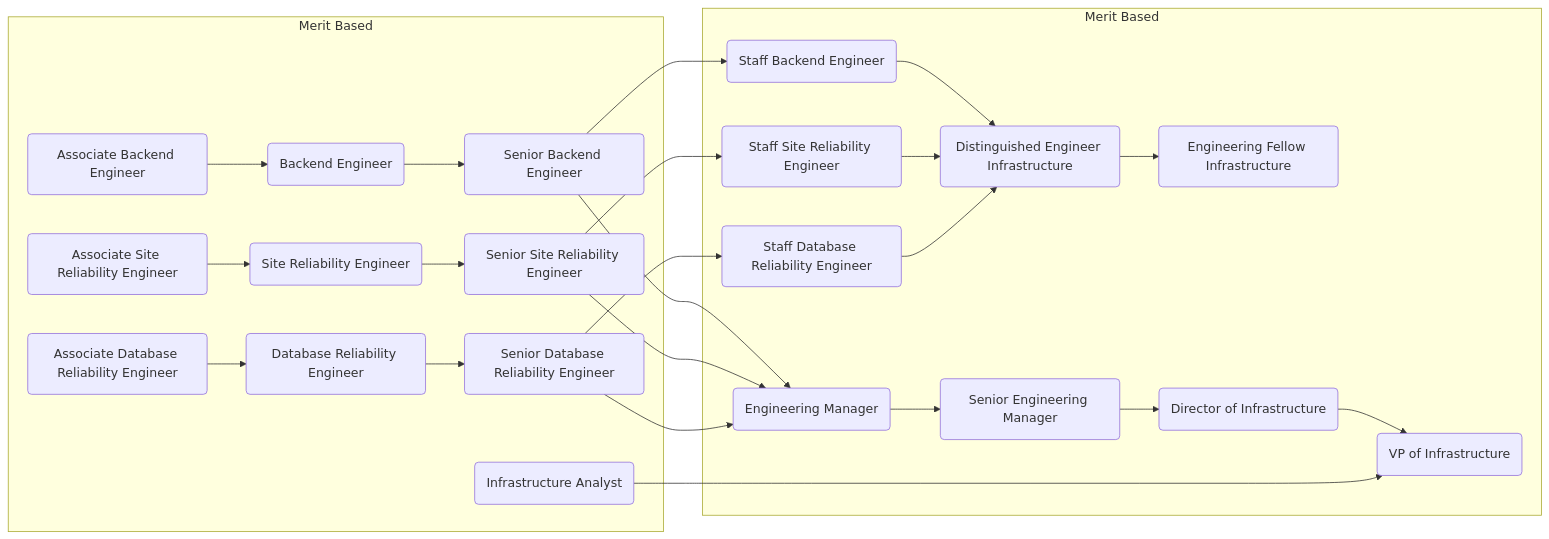
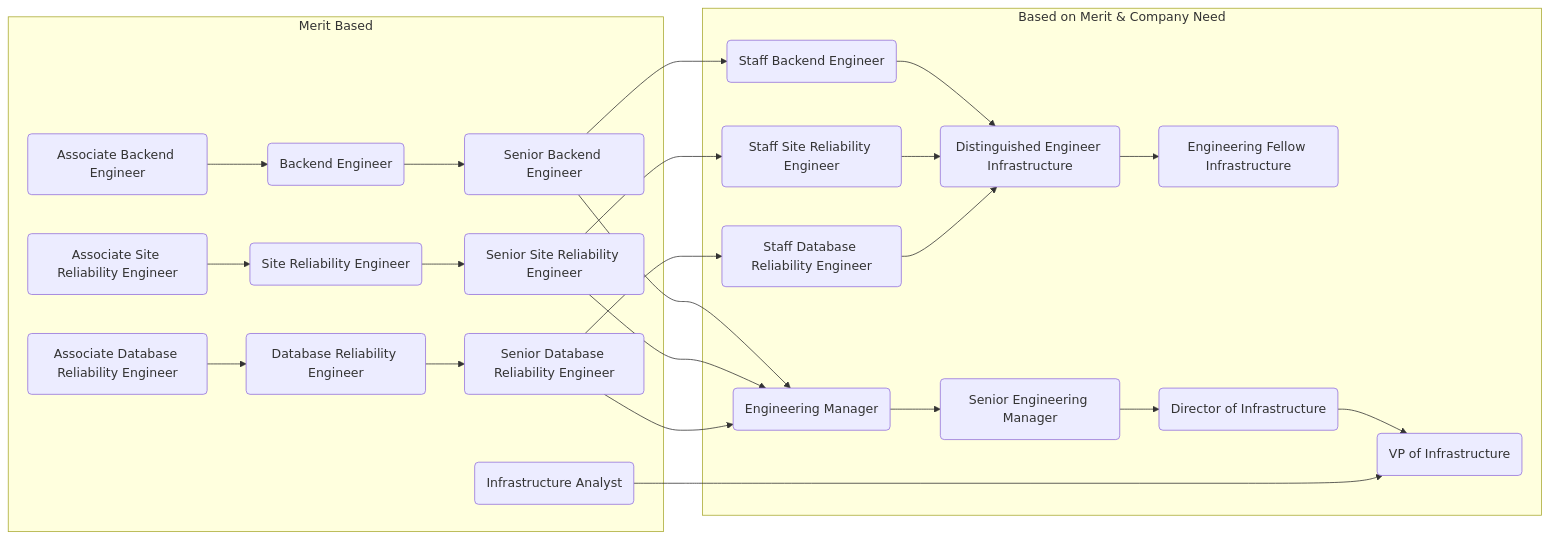
The sixth of 6 diagrams in career-development/index.html.md (secretstartups/handbook), drawn with Mermaid before and after one commit. The commit also changed other lines of this file, not shown here.

````diff
--- a/career-development/index.html.md
+++ b/career-development/index.html.md
@@ -312,72 +312,72 @@
 ```mermaid
   graph LR;
 
   subgraph Merit Based
   %% Backend Engineers
     eng:abe(Associate Backend Engineer)-->eng:be(Senior Backend Engineer);
     eng:be(Backend Engineer)-->eng:sbe(Senior Backend Engineer);
   %% Site Reliability Engineer
     eng:asre(Associate Site Reliability Engineer)-->eng:sre(Site Reliability Engineer);
     eng:sre(Site Reliability Engineer)-->eng:srsre(Senior Site Reliability Engineer);
   %% Database Reliability Engineer track
     eng:adbre(Associate Database Reliability Engineer)-->eng:dbre(Database Reliability Engineer);
     eng:dbre(Database Reliability Engineer)-->eng:srdbre(Senior Database Reliability Engineer);
   %% Infrastructure Analyst
     eng:ia(Infrastructure Analyst)
   end
 
-subgraph Merit Based
+subgraph Based on Merit & Company Need
   %% Backend Engineers
     eng:sbe(Senior Backend Engineer)-->eng:stbe(Staff Backend Engineer);
     eng:stbe(Staff Backend Engineer)-->eng:dei(Distinguished Engineer Infrastructure);
     eng:dei(Distinguished Engineer Infrastructure)-->eng:efi(Engineering Fellow Infrastructure);
   
   %% Site Reliability Engineer
     eng:srsre(Senior Site Reliability Engineer)-->eng:stsre(Staff Site Reliability Engineer);
     eng:stsre(Staff Site Reliability Engineer)-->eng:dei(Distinguished Engineer Infrastructure);
 
   %% Database Reliability Engineer track
     eng:srdbre(Senior Database Reliability Engineer)-->eng:stdbre(Staff Database Reliability Engineer);
     eng:stdbre(Staff Database Reliability Engineer)-->eng:dei(Distinguished Engineer Infrastructure);
 
     %% Management
     eng:sbe(Senior Backend Engineer)-->eng:em(Engineering Manager);
     eng:srsre(Senior Site Reliability Engineer)-->eng:em(Engineering Manager);
     eng:srdbre(Senior Database Reliability Engineer)-->eng:em(Engineering Manager);
     eng:em(Engineering Manager)-->eng:sem(Senior Engineering Manager);
     eng:sem(Senior Engineering Manager)-->eng:di(Director of Infrastructure);
     eng:di(Director of Infrastructure)-->eng:vpi(VP of Infrastructure);
 
     %% Infrastructure Analyst
     eng:ia(Infrastructure Analyst)-->eng:vpi(VP of Infrastructure);
   end
 
   %% Backend engineer
   click eng:abe "/job-families/engineering/infrastructure/backend-engineer/";
   click eng:be "/job-families/engineering/infrastructure/backend-engineer/";
   click eng:sbe "/job-families/engineering/infrastructure/backend-engineer/";
   click eng:stbe "/job-families/engineering/infrastructure/backend-engineer/";
 
   %% Site Reliability Engineer
   click eng:asre "/job-families/engineering/infrastructure/site-reliability-engineer/";
   click eng:sre "/job-families/engineering/infrastructure/site-reliability-engineer/";
   click eng:srsre "/job-families/engineering/infrastructure/site-reliability-engineer/";
   click eng:stsre "/job-families/engineering/infrastructure/site-reliability-engineer/";
 
   %% Database Reliability Engineer
   click eng:adbre "/job-families/engineering/infrastructure/database-reliability-engineer/";
   click eng:dbre "/job-families/engineering/infrastructure/database-reliability-engineer/";
   click eng:srdbre "/job-families/engineering/infrastructure/database-reliability-engineer/";
   click eng:stdbre "/job-families/engineering/infrastructure/database-reliability-engineer/";
 
   %% Infrastructure Management
   click eng:em "/job-families/engineering/infrastructure-management/";
   click eng:sem "/job-families/engineering/infrastructure-management/";
   click eng:di "/job-families/engineering/infrastructure-management/";
   click eng:vpi "/job-families/engineering/infrastructure-management/";
 
   %% Individual contributors
   click eng:ia "/job-families/engineering/infrastructure/analyst";
   click eng:dei "/job-families/engineering/infrastructure/distinguished-engineer/";
   click eng:efi "/job-families/engineering/infrastructure/engineering-fellow/";
 ```
````
